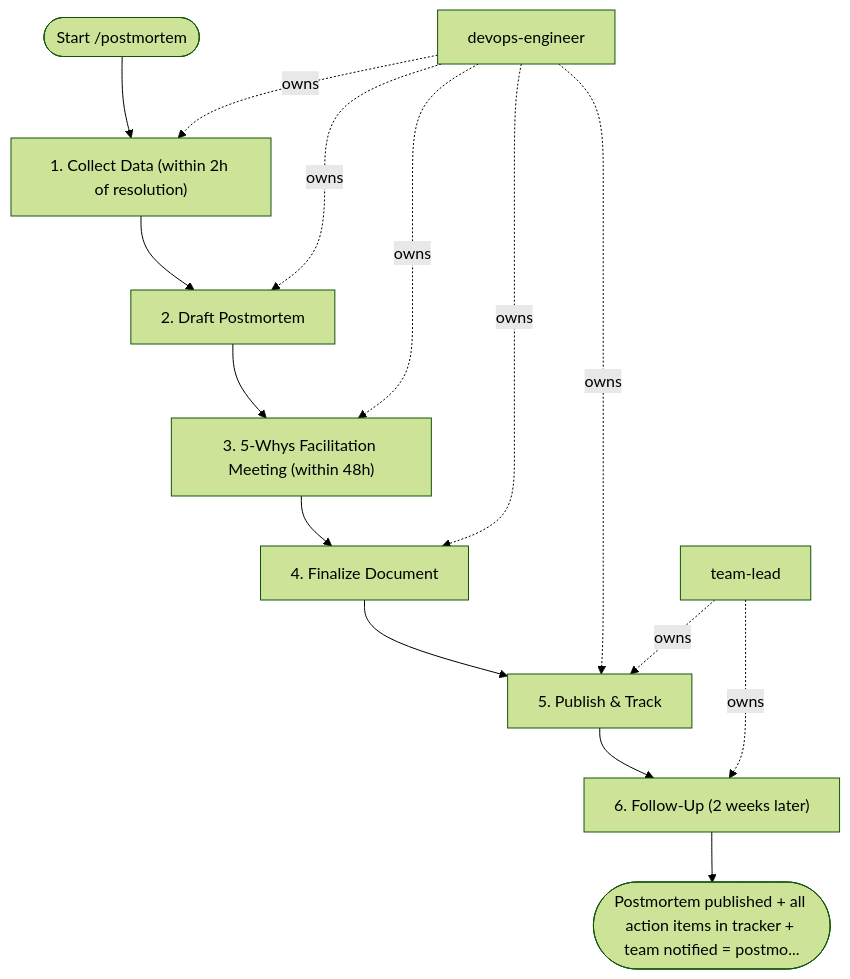
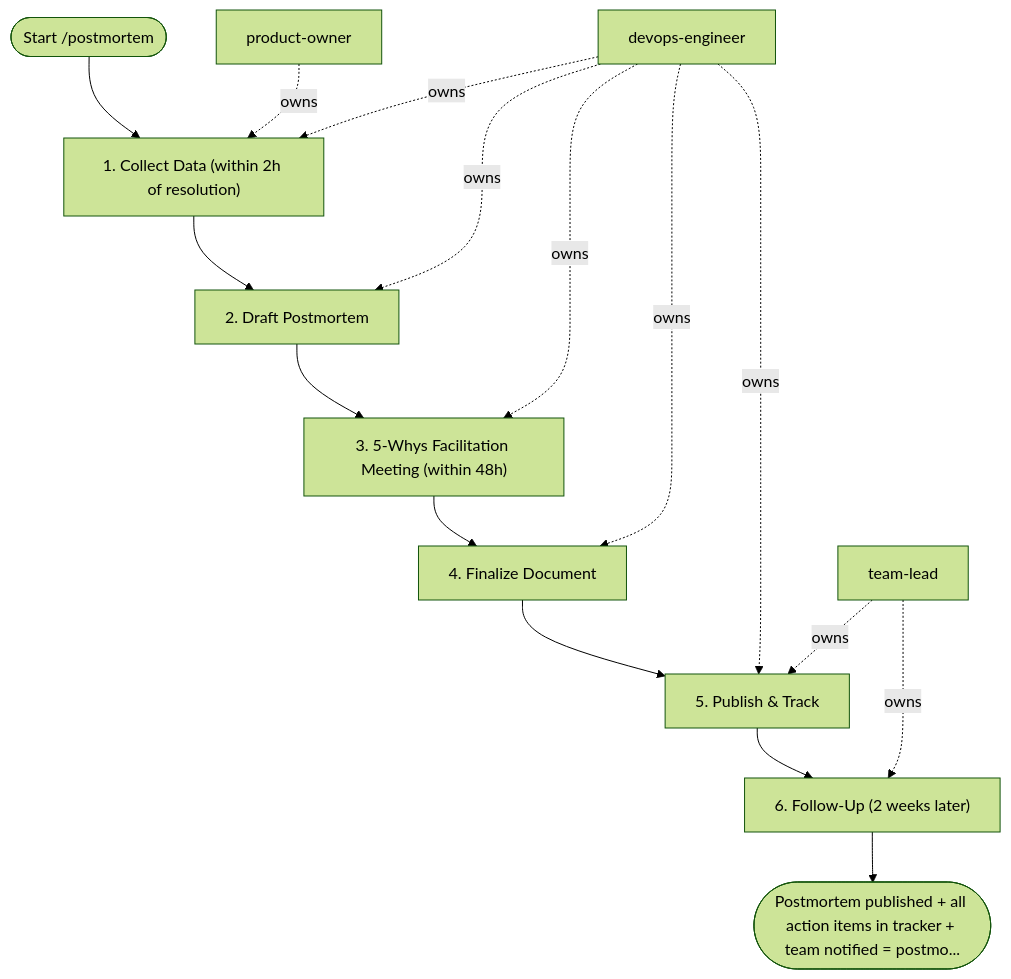
One commit to sawrus/agent-guides changed the diagram in areas/devops/sre/workflows/postmortem.md. Above: the diagram before and after it, drawn with Mermaid (forest theme). The commit also changed other lines of this file and 76 other files, not shown here.

Commit message:
Standardize workflow product owner initiation

````diff
--- a/areas/devops/sre/workflows/postmortem.md
+++ b/areas/devops/sre/workflows/postmortem.md
@@ -92,27 +92,29 @@
 ```mermaid
 flowchart TD
   start(["Start /postmortem"])
-  role_1["devops-engineer"]
-  role_2["team-lead"]
+  role_1["product-owner"]
+  role_2["devops-engineer"]
+  role_3["team-lead"]
   step_1["1. Collect Data (within 2h of resolution)"]
   step_2["2. Draft Postmortem"]
   step_3["3. 5-Whys Facilitation Meeting (within 48h)"]
   step_4["4. Finalize Document"]
   step_5["5. Publish & Track"]
   step_6["6. Follow-Up (2 weeks later)"]
   exit(["Postmortem published + all action items in tracker + team notified = postmo..."])
   start --> step_1
   step_1 --> step_2
   step_2 --> step_3
   step_3 --> step_4
   step_4 --> step_5
   step_5 --> step_6
   step_6 --> exit
   role_1 -. owns .-> step_1
-  role_1 -. owns .-> step_2
-  role_1 -. owns .-> step_3
-  role_1 -. owns .-> step_4
-  role_1 -. owns .-> step_5
+  role_2 -. owns .-> step_1
+  role_2 -. owns .-> step_2
+  role_2 -. owns .-> step_3
+  role_2 -. owns .-> step_4
   role_2 -. owns .-> step_5
-  role_2 -. owns .-> step_6
+  role_3 -. owns .-> step_5
+  role_3 -. owns .-> step_6
 ```
````
